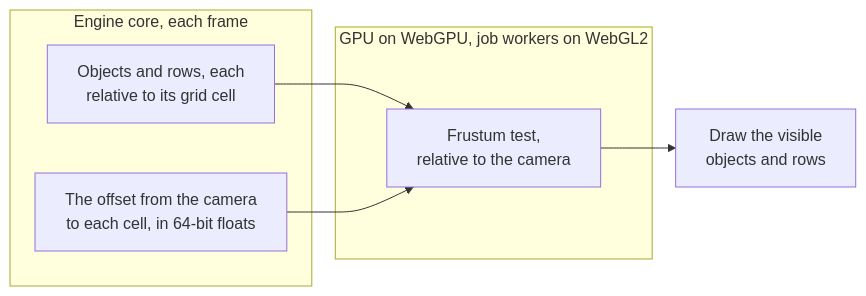
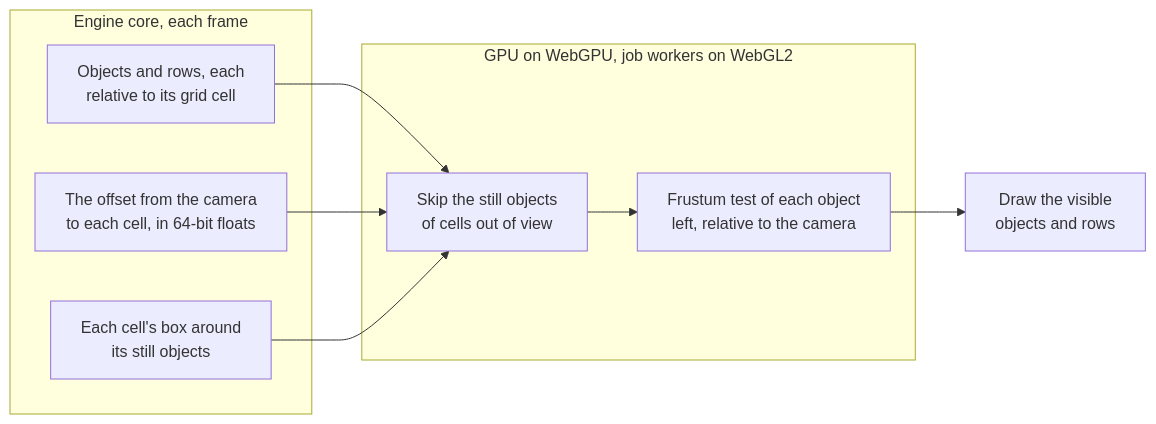
The diagram in docs/concepts/culling.md (null3d-engine/null3d), drawn with Mermaid before and after one commit. The commit also changed other lines of this file and 57 other files, not shown here.

````diff
--- a/docs/concepts/culling.md
+++ b/docs/concepts/culling.md
@@ -13,13 +13,17 @@
 ```mermaid
 flowchart LR
     subgraph core["Engine core, each frame"]
         cells["Objects and rows, each<br/>relative to its grid cell"]
         offsets["The offset from the camera<br/>to each cell, in 64-bit floats"]
+        boxes["Each cell's box around<br/>its still objects"]
     end
     subgraph test["GPU on WebGPU, job workers on WebGL2"]
-        cull["Frustum test,<br/>relative to the camera"]
+        skip["Skip the still objects<br/>of cells out of view"]
+        cull["Frustum test of each object<br/>left, relative to the camera"]
     end
-    cells --> cull
-    offsets --> cull
+    cells --> skip
+    offsets --> skip
+    boxes --> skip
+    skip --> cull
     cull --> draw["Draw the visible<br/>objects and rows"]
 ```
````
